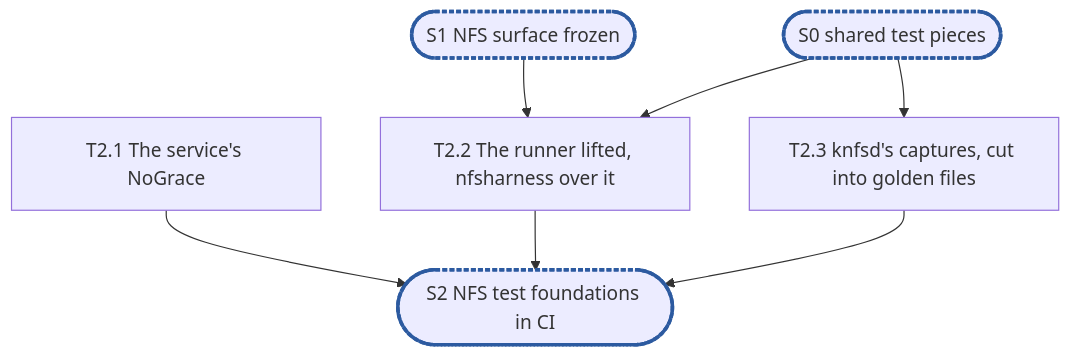
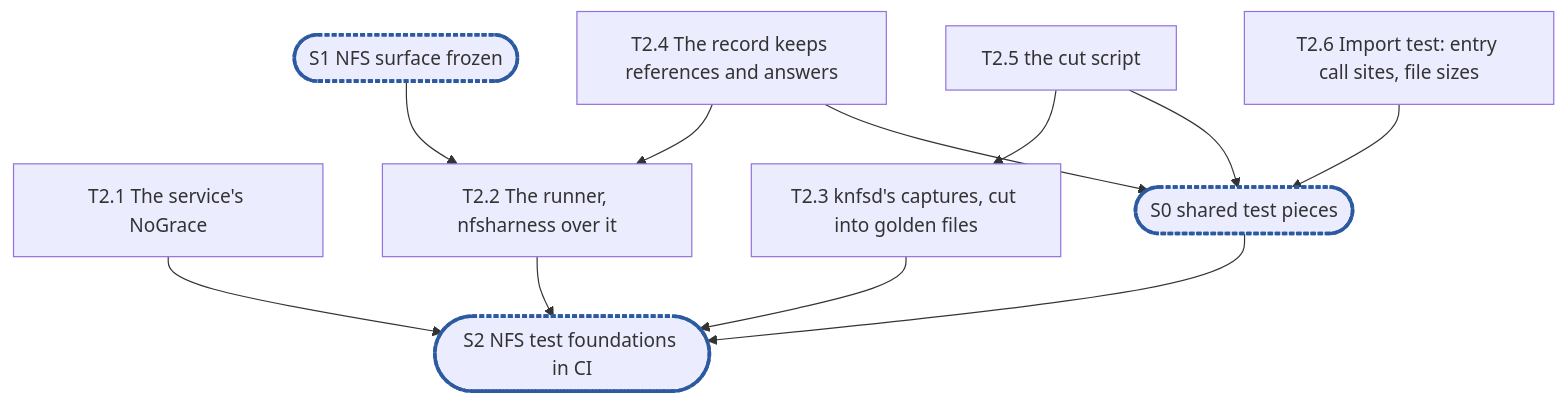
The diagram in .planning/rfc-21-nfs-epic2.md (cubbit/dittofs), drawn with Mermaid before and after one commit. The commit also changed other lines of this file and 3 other files, not shown here.

First line of the commit message:
docs(planning): build S0's shared test pieces in RFC 21's epic 2 (#5666)

````diff
--- a/.planning/rfc-21-nfs-epic2.md
+++ b/.planning/rfc-21-nfs-epic2.md
@@ -356,10 +560,12 @@
 ```mermaid
 flowchart TD
   S1(["S1 NFS surface frozen"]):::sync
-  S0(["S0 shared test pieces"]):::sync
   T2_1["T2.1 The service's NoGrace"]
-  S1 & S0 --> T2_2["T2.2 The runner lifted, nfsharness over it"]
-  S0 --> T2_3["T2.3 knfsd's captures, cut into golden files"]
-  T2_1 & T2_2 & T2_3 --> S2(["S2 NFS test foundations in CI"]):::sync
+  T2_4["T2.4 The record keeps references and answers"] --> T2_2["T2.2 The runner, nfsharness over it"]
+  S1 --> T2_2
+  T2_5["T2.5 the cut script"] --> T2_3["T2.3 knfsd's captures, cut into golden files"]
+  T2_6["T2.6 Import test: entry call sites, file sizes"]
+  T2_4 & T2_5 & T2_6 --> S0(["S0 shared test pieces"]):::sync
+  T2_1 & T2_2 & T2_3 & S0 --> S2(["S2 NFS test foundations in CI"]):::sync
   classDef sync stroke:#2c5aa0,stroke-width:3px,stroke-dasharray:4 2
 ```
````
